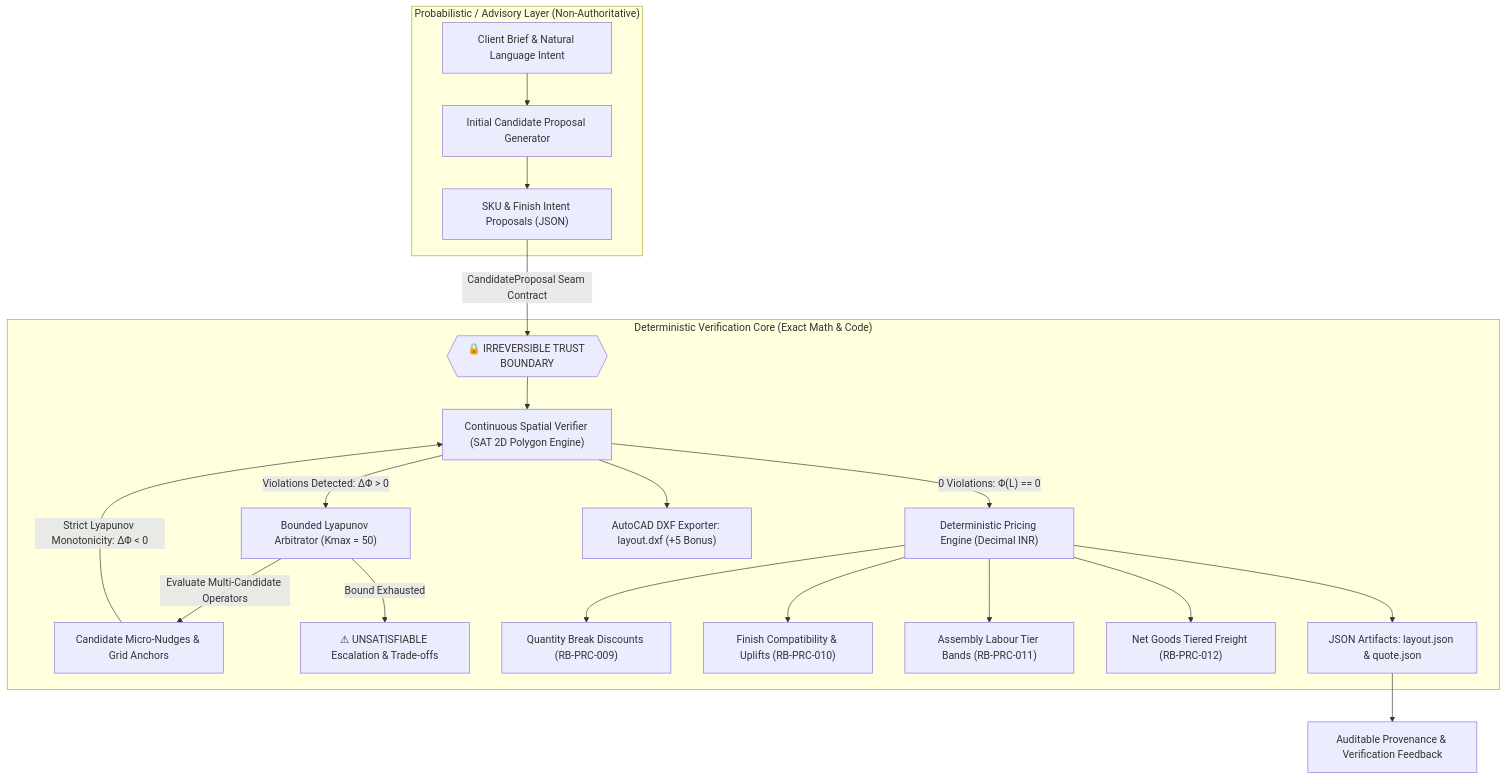
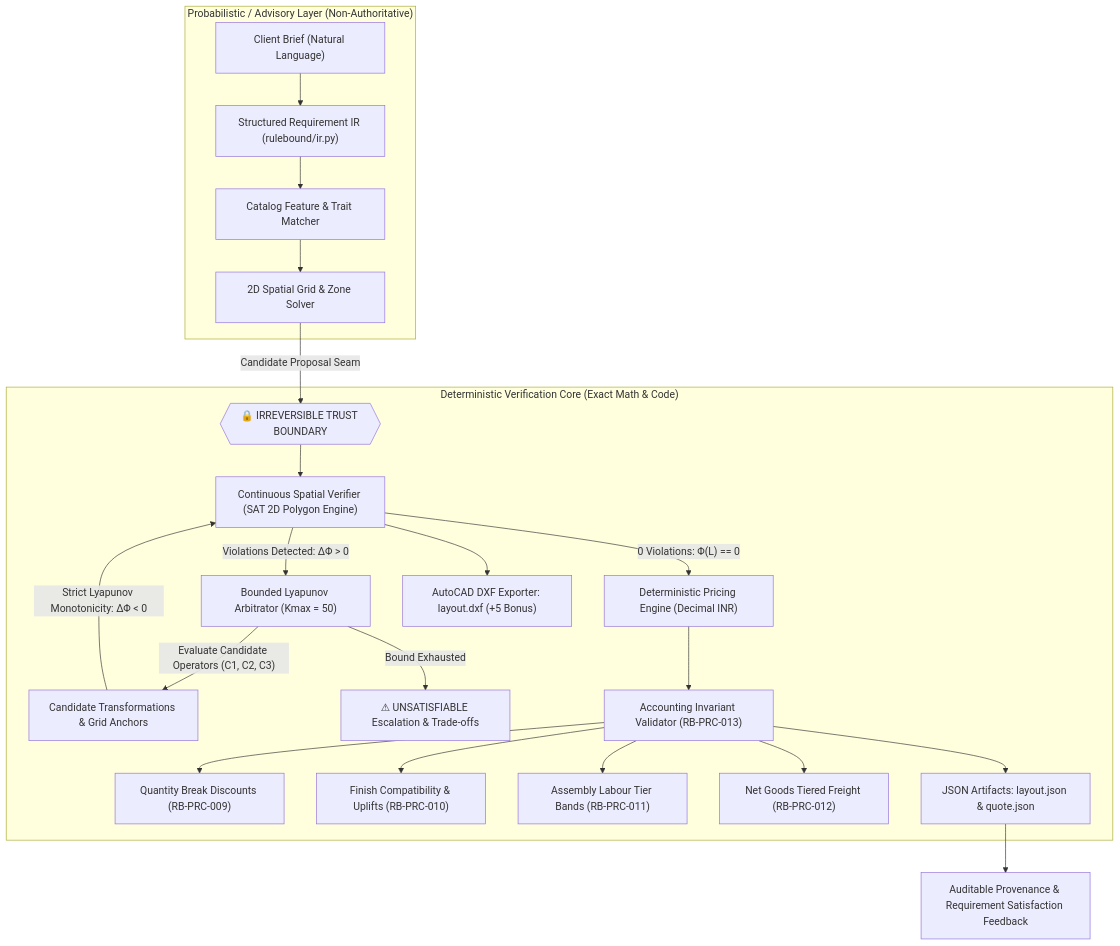
Before and after one commit to Rishisharma029/rulebound-studio: the diagram in README.md, drawn with Mermaid. The commit also changed other lines of this file and 1 other file, not shown here.

````diff
--- a/README.md
+++ b/README.md
@@ -27,28 +47,30 @@
 ```mermaid
 flowchart TD
     subgraph Generative_Layer["Probabilistic / Advisory Layer (Non-Authoritative)"]
-        NL["Client Brief & Natural Language Intent"] --> GP["Initial Candidate Proposal Generator"]
-        GP --> SKU["SKU & Finish Intent Proposals (JSON)"]
+        NL["Client Brief (Natural Language)"] --> IR["Structured Requirement IR (rulebound/ir.py)"]
+        IR --> SKU["Catalog Feature & Trait Matcher"]
+        SKU --> GP["2D Spatial Grid & Zone Solver"]
     end
 
-    SKU -->|"CandidateProposal Seam Contract"| TB{{"🔒 IRREVERSIBLE TRUST BOUNDARY"}}
+    GP -->|"Candidate Proposal Seam"| TB{{"🔒 IRREVERSIBLE TRUST BOUNDARY"}}
 
     subgraph Deterministic_Core["Deterministic Verification Core (Exact Math & Code)"]
         TB --> SV["Continuous Spatial Verifier (SAT 2D Polygon Engine)"]
         SV -->|"Violations Detected: ΔΦ > 0"| ARB["Bounded Lyapunov Arbitrator (Kmax = 50)"]
-        ARB -->|"Evaluate Multi-Candidate Operators"| CAND["Candidate Micro-Nudges & Grid Anchors"]
+        ARB -->|"Evaluate Candidate Operators (C1, C2, C3)"| CAND["Candidate Transformations & Grid Anchors"]
         CAND -->|"Strict Lyapunov Monotonicity: ΔΦ < 0"| SV
         ARB -->|"Bound Exhausted"| UNSAT["⚠ UNSATISFIABLE Escalation & Trade-offs"]
         
         SV -->|"0 Violations: Φ(L) == 0"| PRC["Deterministic Pricing Engine (Decimal INR)"]
-        PRC --> QTY["Quantity Break Discounts (RB-PRC-009)"]
-        PRC --> FIN["Finish Compatibility & Uplifts (RB-PRC-010)"]
-        PRC --> LAB["Assembly Labour Tier Bands (RB-PRC-011)"]
-        PRC --> FRG["Net Goods Tiered Freight (RB-PRC-012)"]
+        PRC --> INV["Accounting Invariant Validator (RB-PRC-013)"]
+        INV --> QTY["Quantity Break Discounts (RB-PRC-009)"]
+        INV --> FIN["Finish Compatibility & Uplifts (RB-PRC-010)"]
+        INV --> LAB["Assembly Labour Tier Bands (RB-PRC-011)"]
+        INV --> FRG["Net Goods Tiered Freight (RB-PRC-012)"]
         
-        PRC --> OUT["JSON Artifacts: layout.json & quote.json"]
+        INV --> OUT["JSON Artifacts: layout.json & quote.json"]
         SV --> DXF["AutoCAD DXF Exporter: layout.dxf (+5 Bonus)"]
     end
 
-    OUT --> AUDIT["Auditable Provenance & Verification Feedback"]
+    OUT --> AUDIT["Auditable Provenance & Requirement Satisfaction Feedback"]
 ```
````
